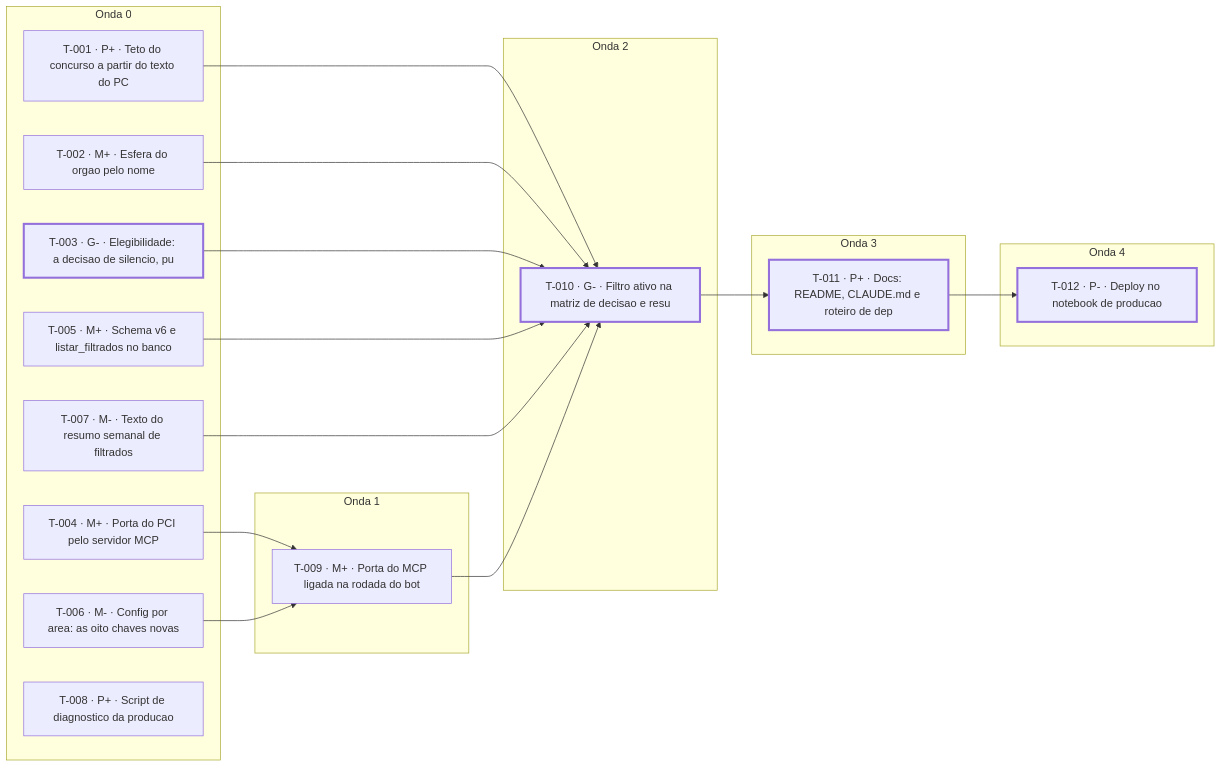
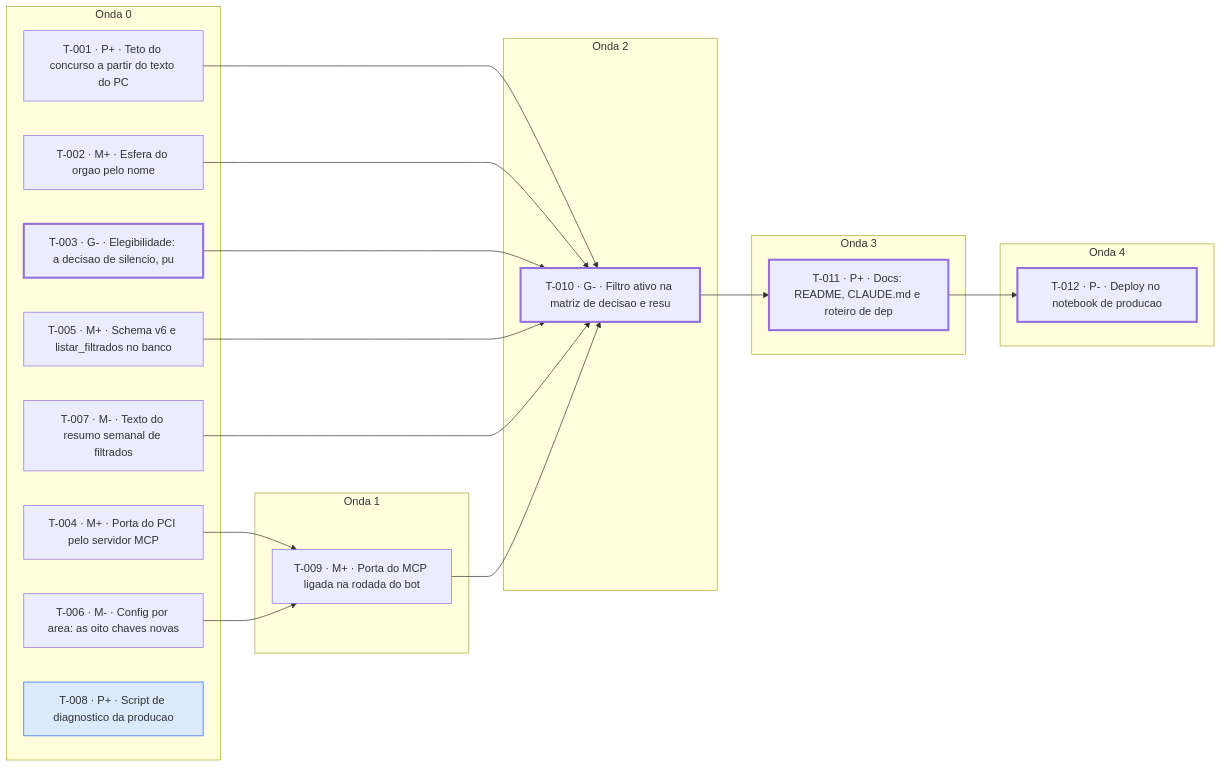
One commit to lucasmsorrentino/monitor_concursos_ti changed the diagram in kanban/MAPA.md. Above: the diagram before and after it, drawn with Mermaid. The commit also changed other lines of this file and 16 other files, not shown here.

````diff
--- a/kanban/MAPA.md
+++ b/kanban/MAPA.md
@@ -71,37 +71,39 @@
 ```mermaid
 graph LR
   subgraph O0["Onda 0"]
     T001["T-001 · P+ · Teto do concurso a partir do texto do PC"]
     T002["T-002 · M+ · Esfera do orgao pelo nome"]
     T003["T-003 · G- · Elegibilidade: a decisao de silencio, pu"]
     T004["T-004 · M+ · Porta do PCI pelo servidor MCP"]
     T005["T-005 · M+ · Schema v6 e listar_filtrados no banco"]
     T006["T-006 · M- · Config por area: as oito chaves novas"]
     T007["T-007 · M- · Texto do resumo semanal de filtrados"]
     T008["T-008 · P+ · Script de diagnostico da producao"]
   end
   subgraph O1["Onda 1"]
     T009["T-009 · M+ · Porta do MCP ligada na rodada do bot"]
   end
   subgraph O2["Onda 2"]
     T010["T-010 · G- · Filtro ativo na matriz de decisao e resu"]
   end
   subgraph O3["Onda 3"]
     T011["T-011 · P+ · Docs: README, CLAUDE.md e roteiro de dep"]
   end
   subgraph O4["Onda 4"]
     T012["T-012 · P- · Deploy no notebook de producao"]
   end
   T004 --> T009
   T006 --> T009
   T001 --> T010
   T002 --> T010
   T003 --> T010
   T005 --> T010
   T007 --> T010
   T009 --> T010
   T010 --> T011
   T011 --> T012
+  classDef fazendo fill:#dbeafe,stroke:#2563eb
+  class T008 fazendo
   classDef critico stroke-width:3px
   class T003,T010,T011,T012 critico
 ```
````
